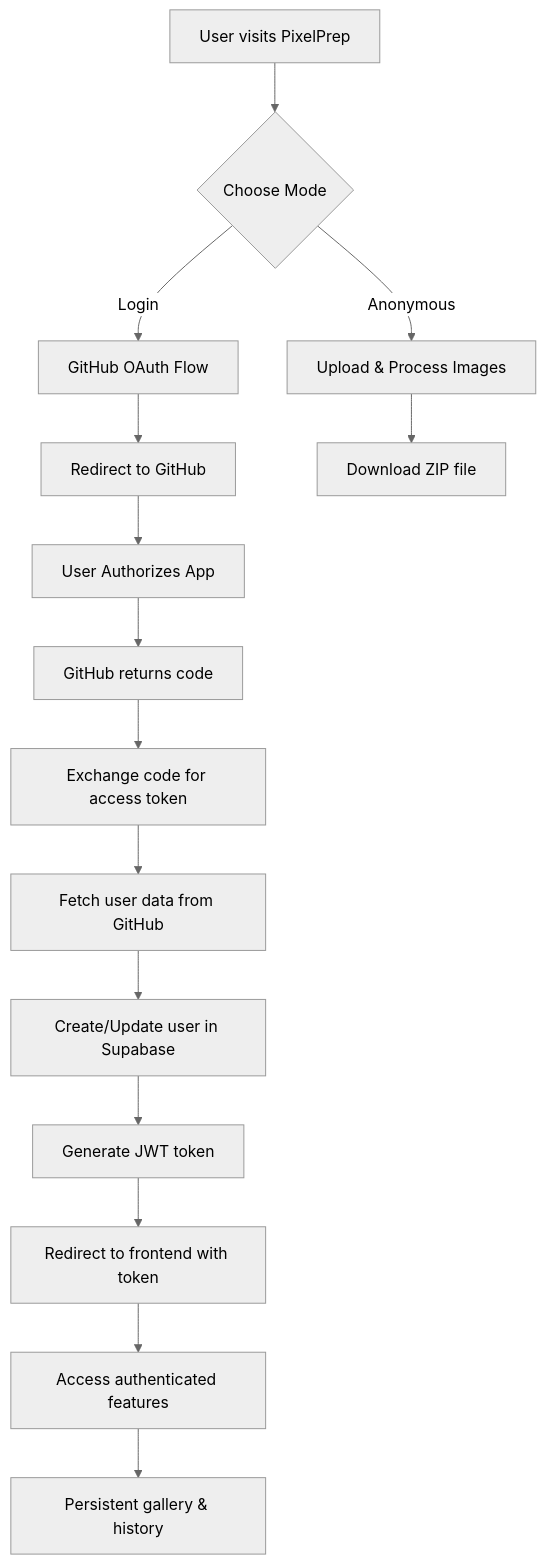
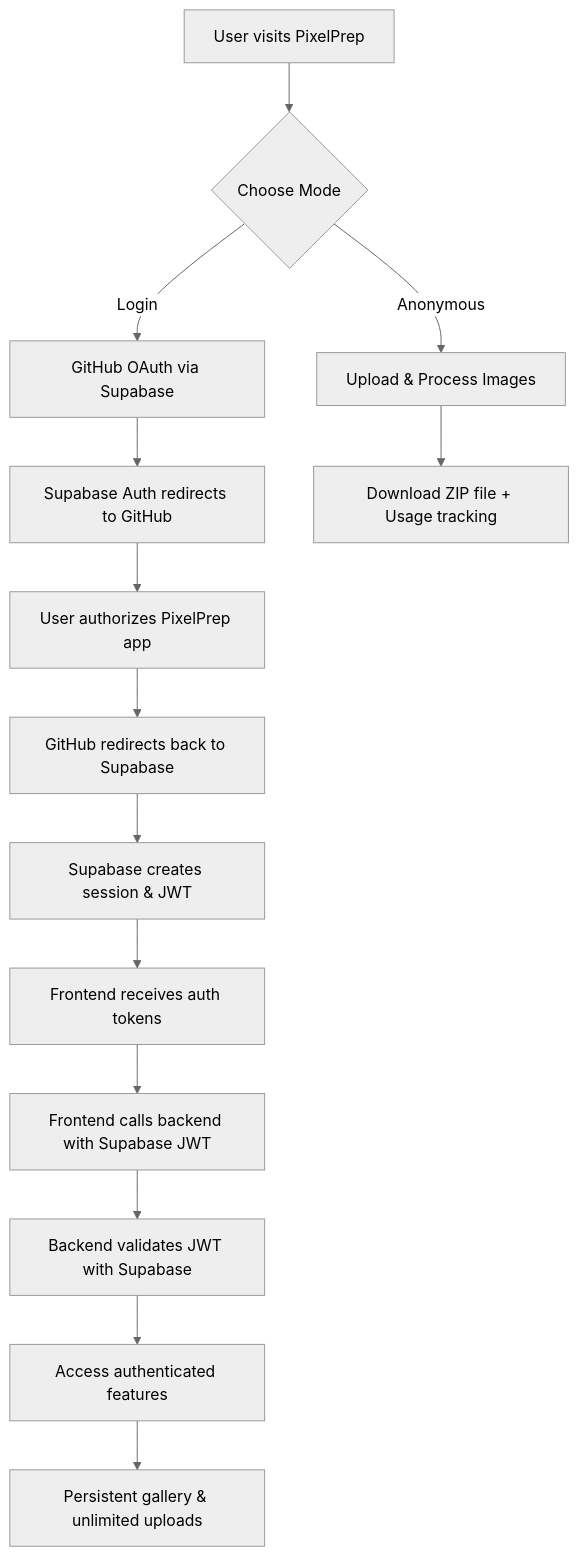
The diagram in AUTHENTICATION.md (Third-South-Capital/pixelprep), drawn with Mermaid (neutral theme) before and after one commit. The commit also changed other lines of this file and 2 other files, not shown here.

First line of the commit message:
docs: Document working Supabase authentication implementation

````diff
--- a/AUTHENTICATION.md
+++ b/AUTHENTICATION.md
@@ -14,19 +14,18 @@
 ```mermaid
 graph TD
     A[User visits PixelPrep] --> B{Choose Mode}
     B -->|Anonymous| C[Upload & Process Images]
-    B -->|Login| D[GitHub OAuth Flow]
-    
-    D --> E[Redirect to GitHub]
-    E --> F[User Authorizes App]
-    F --> G[GitHub returns code]
-    G --> H[Exchange code for access token]
-    H --> I[Fetch user data from GitHub]
-    I --> J[Create/Update user in Supabase]
-    J --> K[Generate JWT token]
-    K --> L[Redirect to frontend with token]
-    L --> M[Access authenticated features]
-    
-    C --> N[Download ZIP file]
-    M --> O[Persistent gallery & history]
+    B -->|Login| D[GitHub OAuth via Supabase]
+
+    D --> E[Supabase Auth redirects to GitHub]
+    E --> F[User authorizes PixelPrep app]
+    F --> G[GitHub redirects back to Supabase]
+    G --> H[Supabase creates session & JWT]
+    H --> I[Frontend receives auth tokens]
+    I --> J[Frontend calls backend with Supabase JWT]
+    J --> K[Backend validates JWT with Supabase]
+    K --> L[Access authenticated features]
+
+    C --> M[Download ZIP file + Usage tracking]
+    L --> N[Persistent gallery & unlimited uploads]
 ```
````
